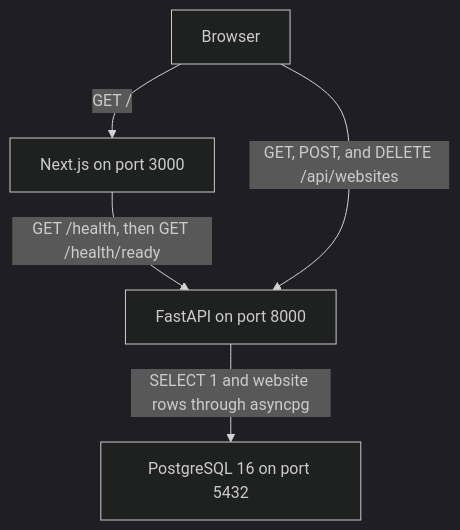
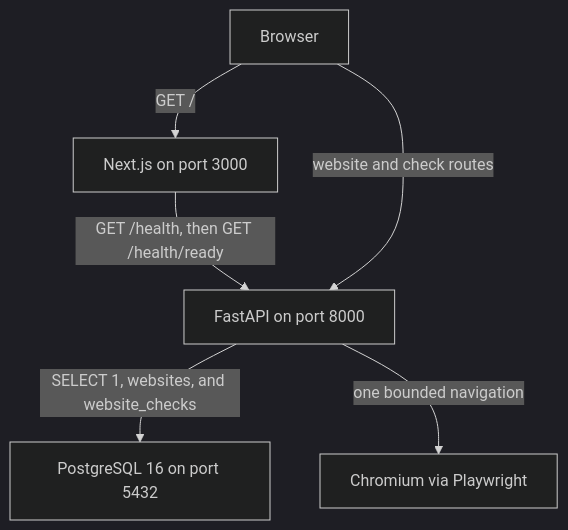
The diagram in README.md (onmyownpace/sentinel), drawn with Mermaid (dark theme) before and after one commit. The commit also changed other lines of this file and 30 other files, not shown here.

Commit message:
Add bounded Playwright checks for registered websites.

````diff
--- a/README.md
+++ b/README.md
@@ -27,12 +30,14 @@
 ```mermaid
 flowchart TB
   browser[Browser]
   web["Next.js on port 3000"]
   api["FastAPI on port 8000"]
+  chromium["Chromium via Playwright"]
   db["PostgreSQL 16 on port 5432"]
 
   browser -->|"GET /"| web
   web -->|"GET /health, then GET /health/ready"| api
-  browser -->|"GET, POST, and DELETE /api/websites"| api
-  api -->|"SELECT 1 and website rows through asyncpg"| db
+  browser -->|"website and check routes"| api
+  api -->|"SELECT 1, websites, and website_checks"| db
+  api -->|"one bounded navigation"| chromium
 ```
````
